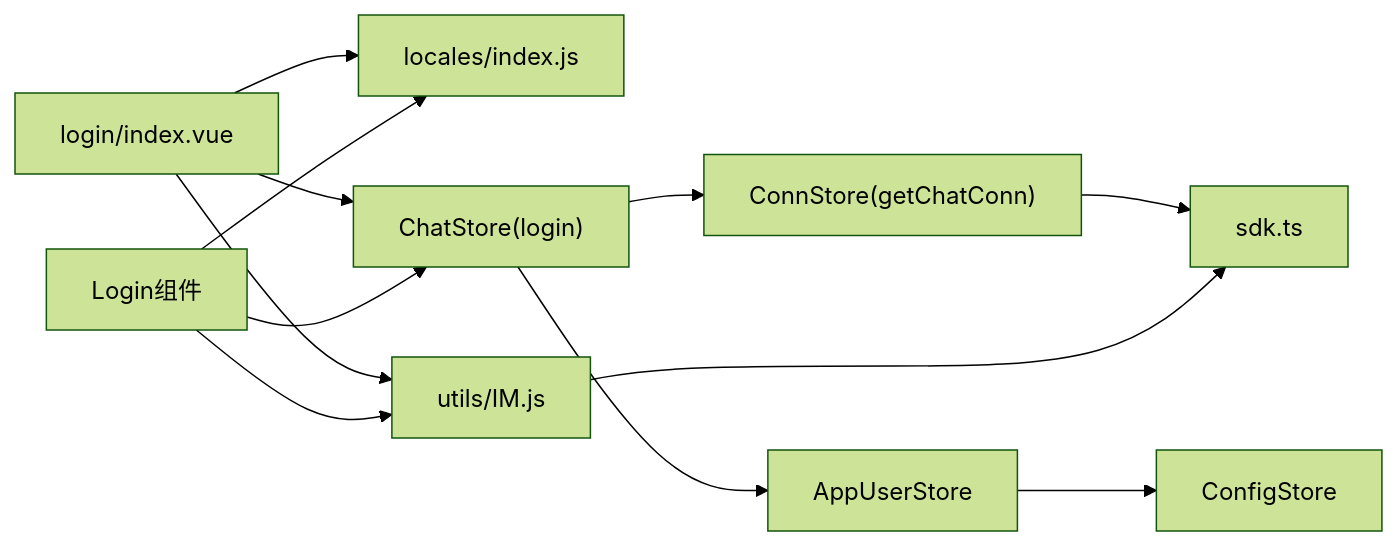
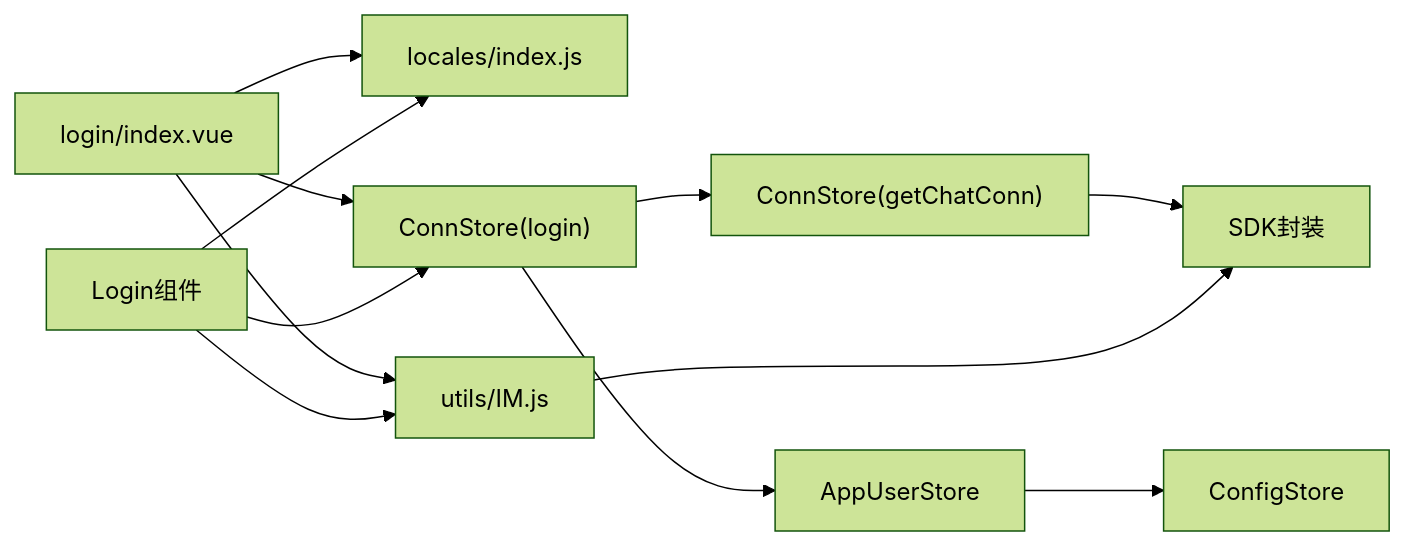
Before and after one commit to Easemob-Community/easemob-uikit-uniapp-community: the third of 3 diagrams in .qoder/repowiki/zh/content/示例应用/登录页面.md, drawn with Mermaid (forest theme). The commit also changed other lines of this file and 11 other files, not shown here.

````diff
--- a/.qoder/repowiki/zh/content/示例应用/登录页面.md
+++ b/.qoder/repowiki/zh/content/示例应用/登录页面.md
@@ -320,14 +331,14 @@
 ```mermaid
 graph LR
 LP["login/index.vue"] --> I18N["locales/index.js"]
-LP --> CS["ChatStore(login)"]
+LP --> CS["ConnStore(login)"]
 LP --> IM["utils/IM.js"]
 CS --> CC["ConnStore(getChatConn)"]
 CS --> AUS["AppUserStore"]
 AUS --> CFG["ConfigStore"]
-CC --> SDK["sdk.ts"]
+CC --> SDK["SDK封装"]
 IM --> SDK
 LC["Login组件"] --> I18N
 LC --> CS
 LC --> IM
 ```
````
